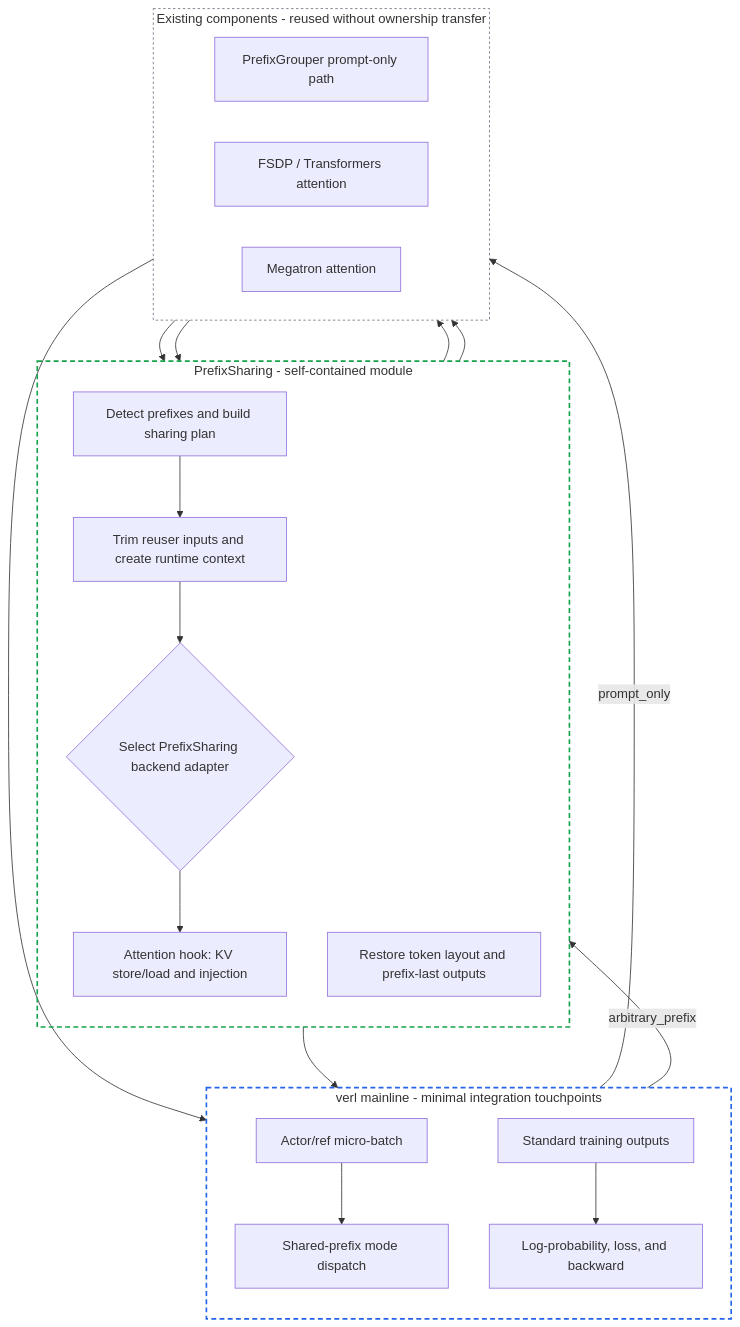
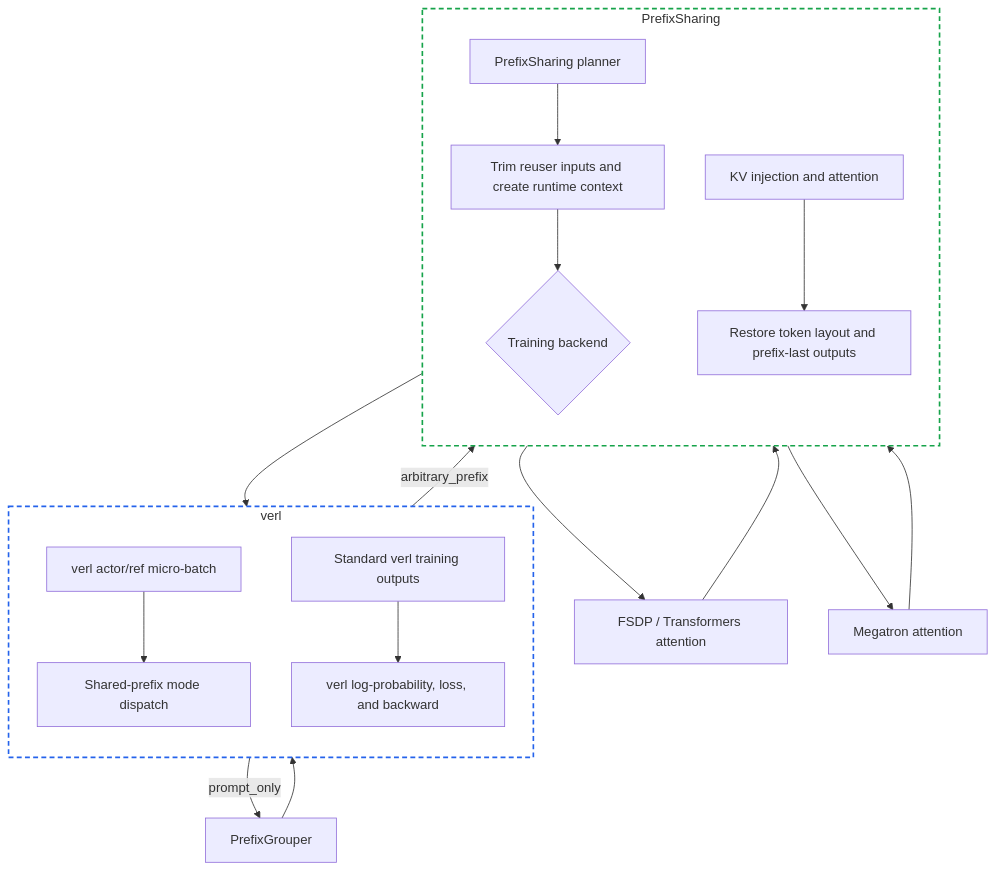
One commit to Jackie2049/PrefixSharing changed the diagram in docs/rfc/verl-prefix-sharing-rfc.md. Above: the diagram before and after it, drawn with Mermaid. The commit also changed other lines of this file, not shown here.

Commit message:
[doc] 简化 RFC 架构图仓库边界表达

````diff
--- a/docs/rfc/verl-prefix-sharing-rfc.md
+++ b/docs/rfc/verl-prefix-sharing-rfc.md
@@ -73,36 +73,36 @@
 ```mermaid
 flowchart TD
-    subgraph VERL["verl mainline - minimal integration touchpoints"]
+    subgraph VERL["verl"]
         direction TD
-        A["Actor/ref micro-batch"] --> B["Shared-prefix mode dispatch"]
-        K["Standard training outputs"] --> L["Log-probability, loss, and backward"]
+        A["verl actor/ref micro-batch"]
+        B["Shared-prefix mode dispatch"]
+        K["Standard verl training outputs"]
+        L["verl log-probability, loss, and backward"]
     end
 
-    subgraph PREFIX_SHARING["PrefixSharing - self-contained module"]
+    subgraph PREFIX_SHARING["PrefixSharing"]
         direction TD
-        D["Detect prefixes and build sharing plan"] --> E["Trim reuser inputs and create runtime context"]
-        E --> F{"Select PrefixSharing backend adapter"}
-        F --> I["Attention hook: KV store/load and injection"]
+        D["PrefixSharing planner"]
+        E["Trim reuser inputs and create runtime context"]
+        F{"Training backend"}
+        I["KV injection and attention"]
         J["Restore token layout and prefix-last outputs"]
     end
 
-    subgraph EXISTING["Existing components - reused without ownership transfer"]
-        direction LR
-        C["PrefixGrouper prompt-only path"]
-        G["FSDP / Transformers attention"]
-        H["Megatron attention"]
-    end
-
-    B -->|"prompt_only"| C
+    A --> B
+    B -->|"prompt_only"| C["PrefixGrouper"]
     B -->|"arbitrary_prefix"| D
+    D --> E
+    E --> F
+    F --> G["FSDP / Transformers attention"]
+    F --> H["Megatron attention"]
+    G --> I
+    H --> I
+    I --> J
     C --> K
-    I --> G
-    I --> H
-    G --> J
-    H --> J
     J --> K
+    K --> L
 
     style VERL fill:none,stroke:#2563eb,stroke-width:2px,stroke-dasharray:6 4
     style PREFIX_SHARING fill:none,stroke:#16a34a,stroke-width:2px,stroke-dasharray:6 4
-    style EXISTING fill:none,stroke:#6b7280,stroke-width:1px,stroke-dasharray:3 3
 ```
````
